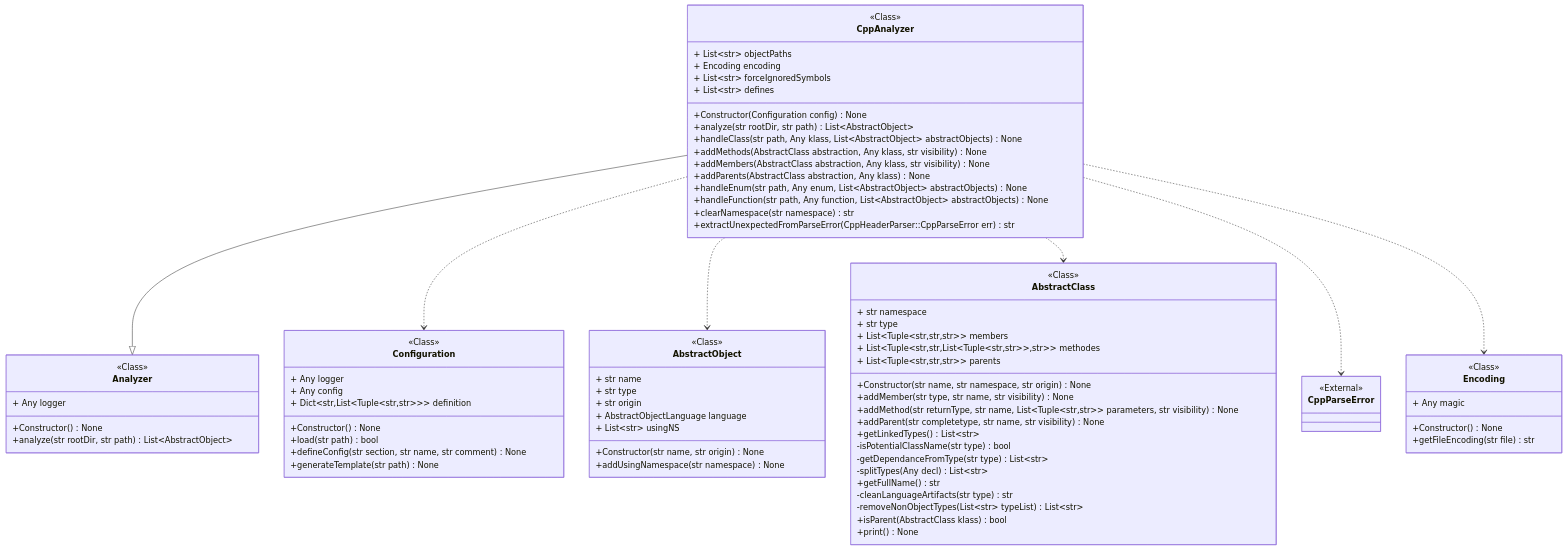
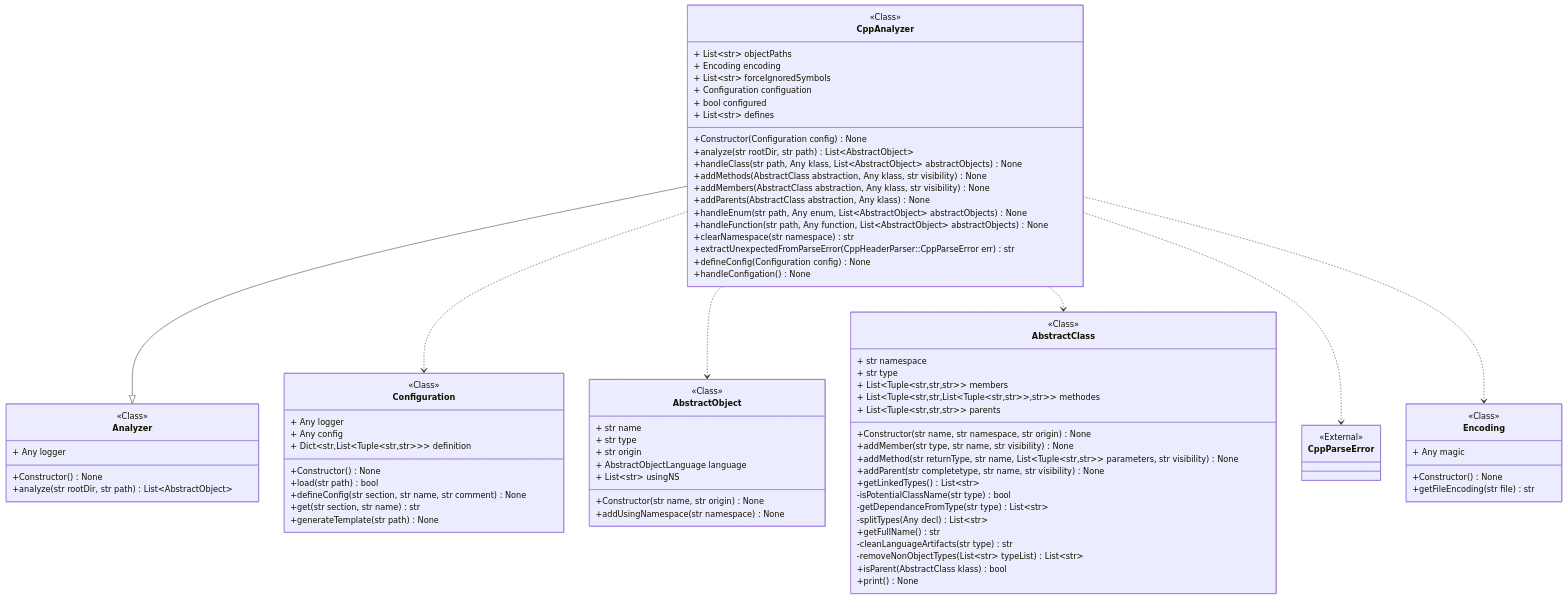
The diagram in docs/source/code/diagrams/pycodeanalyzer_core_languages_analyzers_cppanalyzer_CppAnalyzer.mmd (miong/pycodeanalyzer), drawn with Mermaid before and after one commit. The commit also changed 8 other files, not shown here.

```diff
--- a/docs/source/code/diagrams/pycodeanalyzer_core_languages_analyzers_cppanalyzer_CppAnalyzer.mmd
+++ b/docs/source/code/diagrams/pycodeanalyzer_core_languages_analyzers_cppanalyzer_CppAnalyzer.mmd
@@ -1,84 +1,89 @@
 classDiagram
 class CppAnalyzer {
 <<Class>>
 + List~str~ objectPaths
 + Encoding encoding
 + List~str~ forceIgnoredSymbols
++ Configuration configuation
++ bool configured
 + List~str~ defines
 +Constructor(Configuration config) None
 +analyze(str rootDir, str path) List~AbstractObject~
 +handleClass(str path, Any klass, List~AbstractObject~ abstractObjects) None
 +addMethods(AbstractClass abstraction, Any klass, str visibility) None
 +addMembers(AbstractClass abstraction, Any klass, str visibility) None
 +addParents(AbstractClass abstraction, Any klass) None
 +handleEnum(str path, Any enum, List~AbstractObject~ abstractObjects) None
 +handleFunction(str path, Any function, List~AbstractObject~ abstractObjects) None
 +clearNamespace(str namespace) str
 +extractUnexpectedFromParseError(CppHeaderParser::CppParseError err) str
++defineConfig(Configuration config) None
++handleConfigation() None
 }
 class Analyzer {
 <<Class>>
 + Any logger
 +Constructor() None
 +analyze(str rootDir, str path) List~AbstractObject~
 }
 link Analyzer "class££pycodeanalyzer::core::languages::analyzer::Analyzer"
 class Configuration {
 <<Class>>
 + Any logger
 + Any config
 + Dict&lt;str,List&lt;Tuple&lt;str,str&gt;&gt;&gt; definition
 +Constructor() None
 +load(str path) bool
 +defineConfig(str section, str name, str comment) None
++get(str section, str name) str
 +generateTemplate(str path) None
 }
 link Configuration "class££pycodeanalyzer::core::configuration::configuration::Configuration"
 class AbstractObject {
 <<Class>>
 + str name
 + str type
 + str origin
 + AbstractObjectLanguage language
 + List~str~ usingNS
 +Constructor(str name, str origin) None
 +addUsingNamespace(str namespace) None
 }
 link AbstractObject "class££pycodeanalyzer::core::abstraction::objects::AbstractObject"
 class AbstractClass {
 <<Class>>
 + str namespace
 + str type
 + List&lt;Tuple&lt;str,str,str&gt;&gt; members
 + List&lt;Tuple&lt;str,str,List&lt;Tuple&lt;str,str&gt;&gt;,str&gt;&gt; methodes
 + List&lt;Tuple&lt;str,str,str&gt;&gt; parents
 +Constructor(str name, str namespace, str origin) None
 +addMember(str type, str name, str visibility) None
 +addMethod(str returnType, str name, List&lt;Tuple&lt;str,str&gt;&gt; parameters, str visibility) None
 +addParent(str completetype, str name, str visibility) None
 +getLinkedTypes() List~str~
 -isPotentialClassName(str type) bool
 -getDependanceFromType(str type) List~str~
 -splitTypes(Any decl) List~str~
 +getFullName() str
 -cleanLanguageArtifacts(str type) str
 -removeNonObjectTypes(List~str~ typeList) List~str~
 +isParent(AbstractClass klass) bool
 +print() None
 }
 link AbstractClass "class££pycodeanalyzer::core::abstraction::objects::AbstractClass"
 class CppParseError
 <<External>> CppParseError
 class Encoding {
 <<Class>>
 + Any magic
 +Constructor() None
 +getFileEncoding(str file) str
 }
 link Encoding "class££pycodeanalyzer::core::encoding::encodings::Encoding"
 CppAnalyzer --|> Analyzer
 CppAnalyzer ..> Configuration
 CppAnalyzer ..> AbstractObject
 CppAnalyzer ..> AbstractClass
 CppAnalyzer ..> CppParseError
 CppAnalyzer ..> Encoding
```
